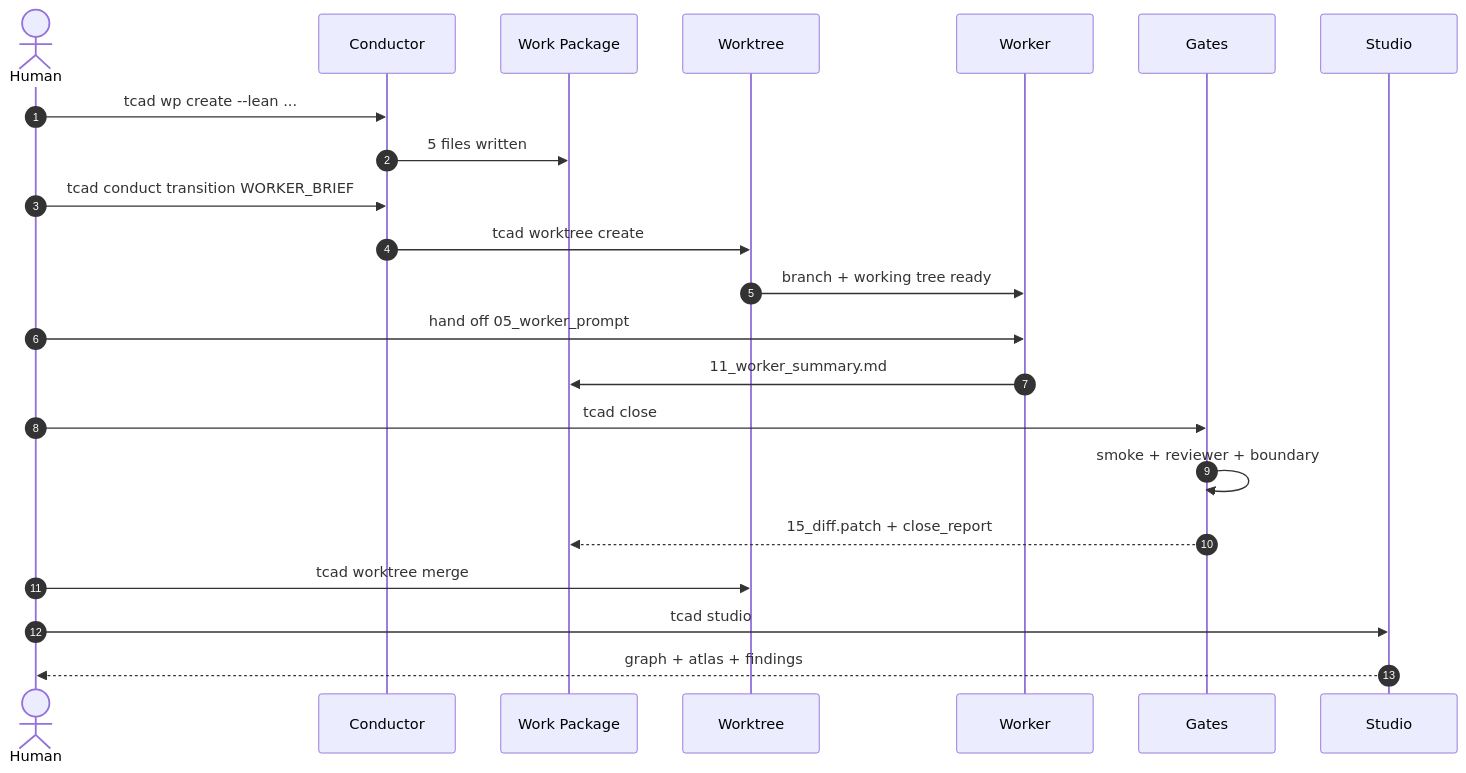
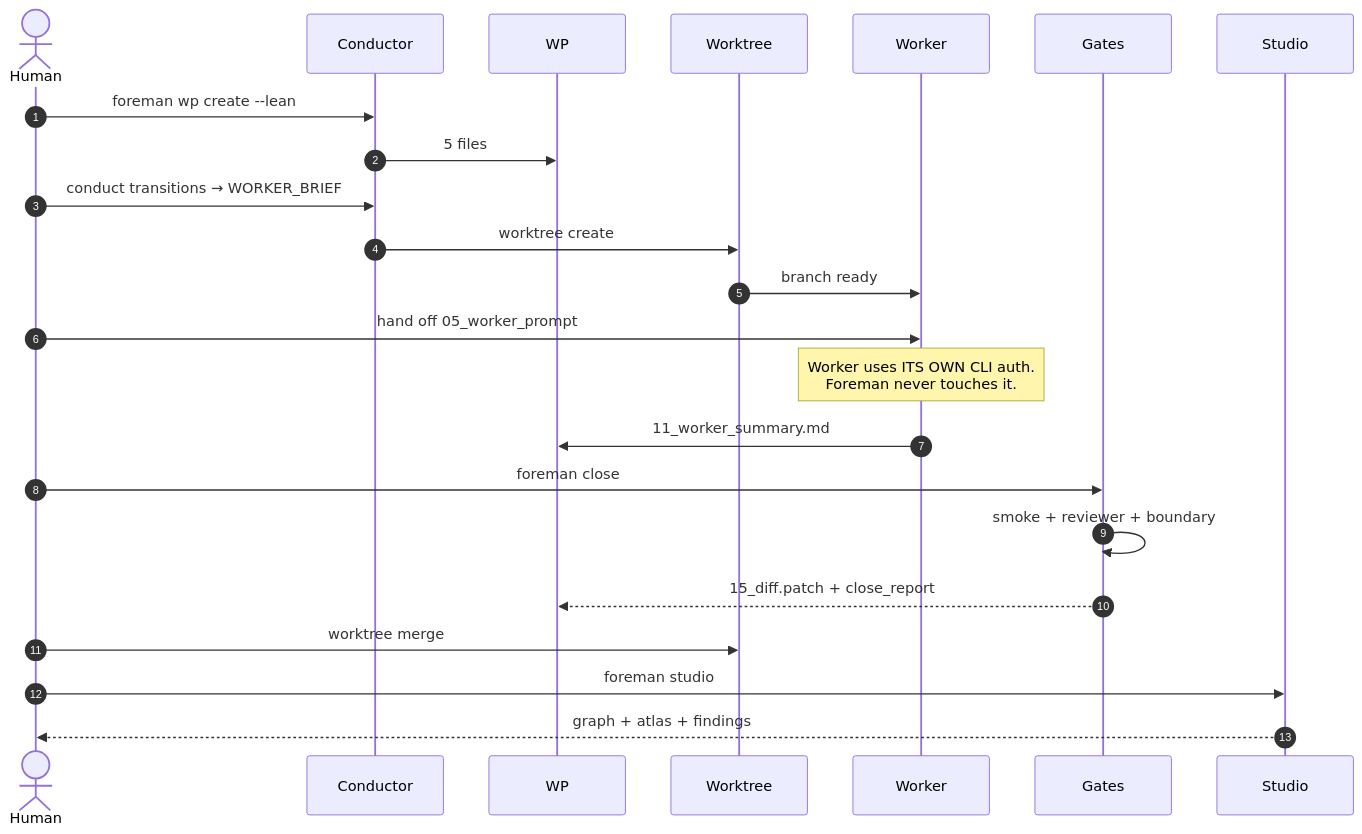
Before and after one commit to MiguelAAR10/tcad-h: the third of 4 diagrams in README.md, drawn with Mermaid. The commit also changed other lines of this file and 43 other files, not shown here.

First line of the commit message:
rebrand(v0.2-pending): TCAD-H → Foreman + Staff-Engineer feedback fixes

````diff
--- a/README.md
+++ b/README.md
@@ -143,25 +217,26 @@
 ```mermaid
 sequenceDiagram
     autonumber
     actor 👤 as Human
     participant 🎼 as Conductor
-    participant 📦 as Work Package
+    participant 📦 as WP
     participant 🌳 as Worktree
     participant 👷 as Worker
     participant ⚖️ as Gates
     participant 📺 as Studio
 
-    👤->>🎼: tcad wp create --lean ...
-    🎼->>📦: 5 files written
-    👤->>🎼: tcad conduct transition WORKER_BRIEF
-    🎼->>🌳: tcad worktree create
-    🌳->>👷: branch + working tree ready
+    👤->>🎼: foreman wp create --lean
+    🎼->>📦: 5 files
+    👤->>🎼: conduct transitions → WORKER_BRIEF
+    🎼->>🌳: worktree create
+    🌳->>👷: branch ready
     👤->>👷: hand off 05_worker_prompt
+    Note over 👷: Worker uses ITS OWN CLI auth.<br/>Foreman never touches it.
     👷->>📦: 11_worker_summary.md
-    👤->>⚖️: tcad close
+    👤->>⚖️: foreman close
     ⚖️->>⚖️: smoke + reviewer + boundary
     ⚖️-->>📦: 15_diff.patch + close_report
-    👤->>🌳: tcad worktree merge
-    👤->>📺: tcad studio
+    👤->>🌳: worktree merge
+    👤->>📺: foreman studio
     📺-->>👤: graph + atlas + findings
 ```
````
